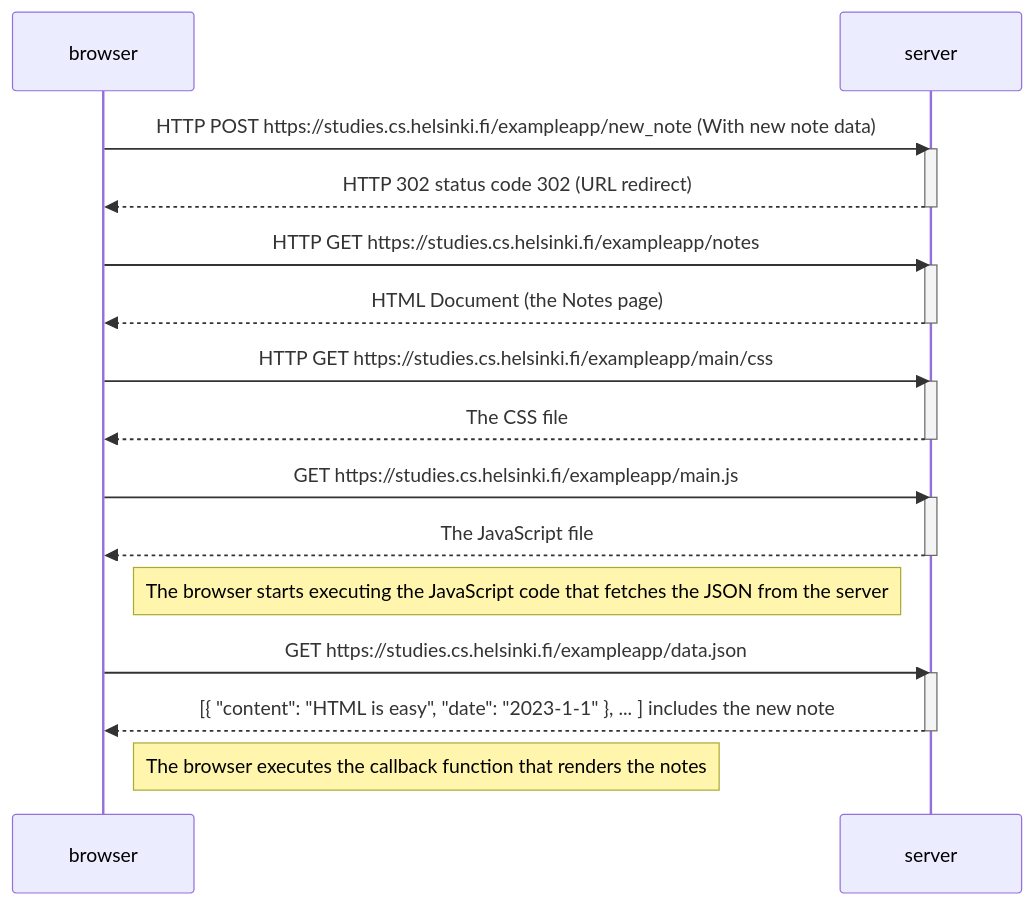
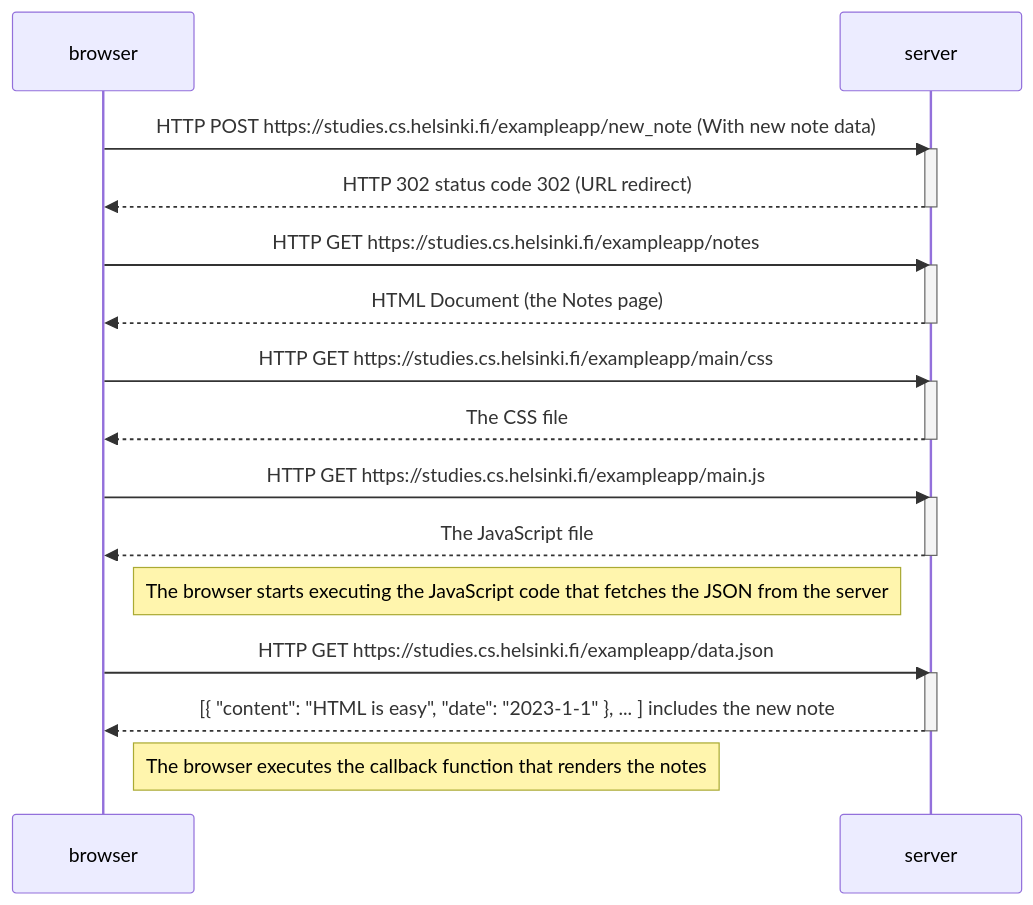
Before and after one commit to kole-wc/fullstackopen: the diagram in part0/0.4.md, drawn with Mermaid.

````diff
--- a/part0/0.4.md
+++ b/part0/0.4.md
@@ -1,34 +1,34 @@
 ```mermaid
 sequenceDiagram
     participant browser
     participant server
 
     browser->>server: HTTP POST https://studies.cs.helsinki.fi/exampleapp/new_note (With new note data)
     activate server
     server-->>browser: HTTP 302 status code 302 (URL redirect)
     deactivate server
 
     browser->>server: HTTP GET https://studies.cs.helsinki.fi/exampleapp/notes
     activate server
     server-->>browser: HTML Document (the Notes page)
     deactivate server
 
     browser->>server: HTTP GET https://studies.cs.helsinki.fi/exampleapp/main/css
     activate server
     server-->>browser: The CSS file
     deactivate server
 
-    browser->>server: GET https://studies.cs.helsinki.fi/exampleapp/main.js
+    browser->>server: HTTP GET https://studies.cs.helsinki.fi/exampleapp/main.js
     activate server
     server-->>browser: The JavaScript file
     deactivate server
 
     Note right of browser: The browser starts executing the JavaScript code that fetches the JSON from the server
 
-    browser->>server: GET https://studies.cs.helsinki.fi/exampleapp/data.json
+    browser->>server: HTTP GET https://studies.cs.helsinki.fi/exampleapp/data.json
     activate server
     server-->>browser: [{ "content": "HTML is easy", "date": "2023-1-1" }, ... ] includes the new note
     deactivate server
 
     Note right of browser: The browser executes the callback function that renders the notes
 ```
````
